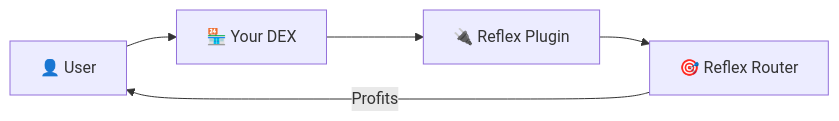
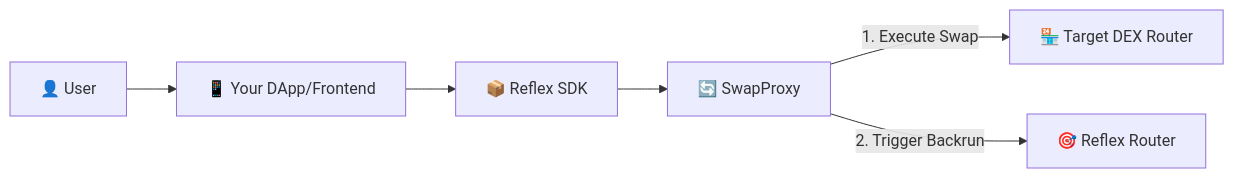
One commit to reflex-mev/reflex changed the second of 3 diagrams in website/docs/integration/overview.md. Above: the diagram before and after it, drawn with Mermaid. The commit also changed other lines of this file and 6 other files, not shown here.

````diff
--- a/website/docs/integration/overview.md
+++ b/website/docs/integration/overview.md
@@ -41,7 +56,8 @@
 ```mermaid
 graph LR
-    User[👤 User] --> DEX[🏪 Your DEX]
-    DEX --> Plugin[🔌 Reflex Plugin]
-    Plugin --> Router[🎯 Reflex Router]
-    Router --> |Profits| User
+    User[👤 User] --> DApp[📱 Your DApp/Frontend]
+    DApp --> SDK[📦 Reflex SDK]
+    SDK --> Proxy[🔄 SwapProxy]
+    Proxy --> |1. Execute Swap| DEX[🏪 Target DEX Router]
+    Proxy --> |2. Trigger Backrun| Router[🎯 Reflex Router]
 ```
````
